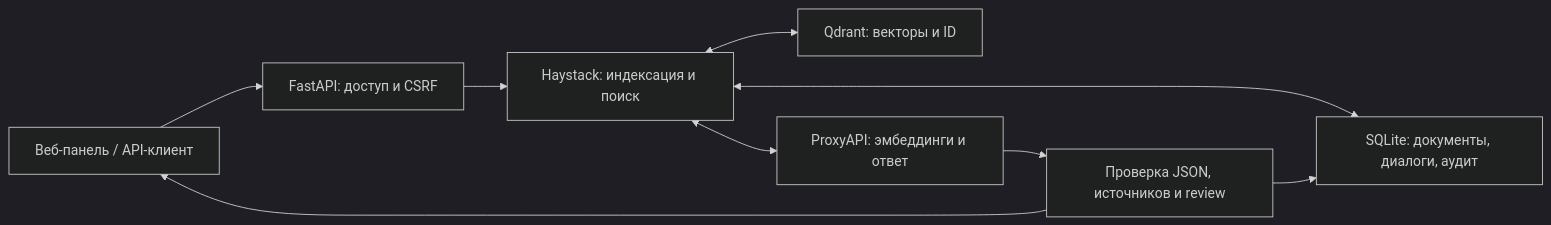
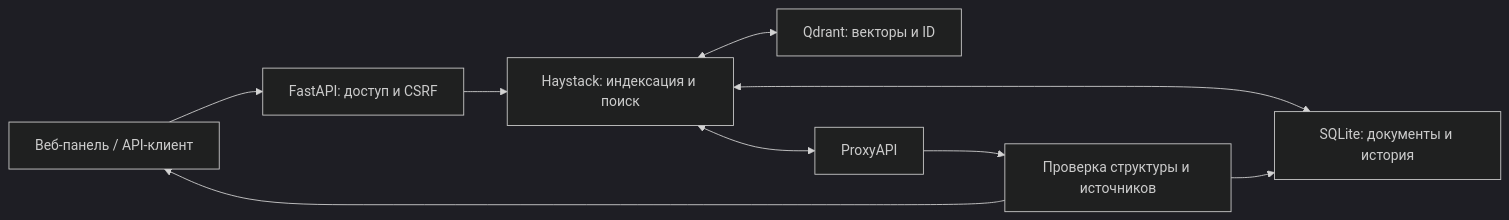
One commit to SergeyLT/cleaning-kb-assistant changed the diagram in README.md. Above: the diagram before and after it, drawn with Mermaid (dark theme). The commit also changed other lines of this file and 3 other files, not shown here.

````diff
--- a/README.md
+++ b/README.md
@@ -54,11 +58,11 @@
 ```mermaid
 flowchart LR
     UI["Веб-панель / API-клиент"] --> API["FastAPI: доступ и CSRF"]
     API --> RAG["Haystack: индексация и поиск"]
-    RAG <--> DB["SQLite: документы, диалоги, аудит"]
+    RAG <--> DB["SQLite: документы и история"]
     RAG <--> VEC["Qdrant: векторы и ID"]
-    RAG <--> AI["ProxyAPI: эмбеддинги и ответ"]
-    AI --> CHECK["Проверка JSON, источников и review"]
+    RAG <--> AI["ProxyAPI"]
+    AI --> CHECK["Проверка структуры и источников"]
     CHECK --> DB
     CHECK --> UI
 ```
````
